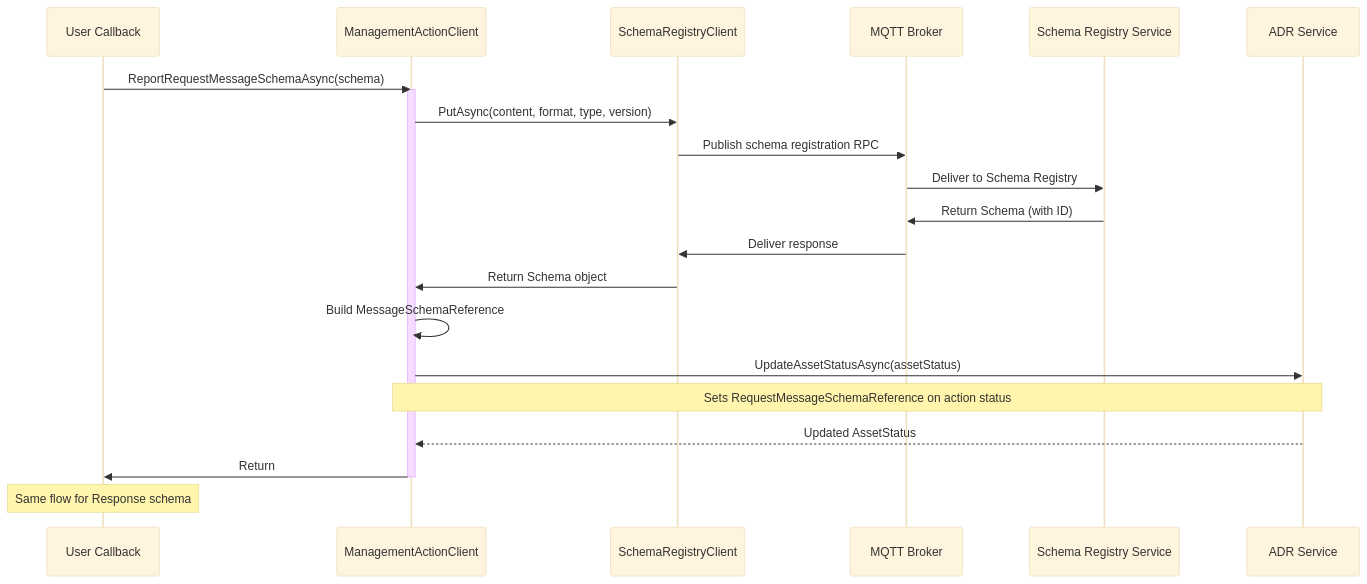
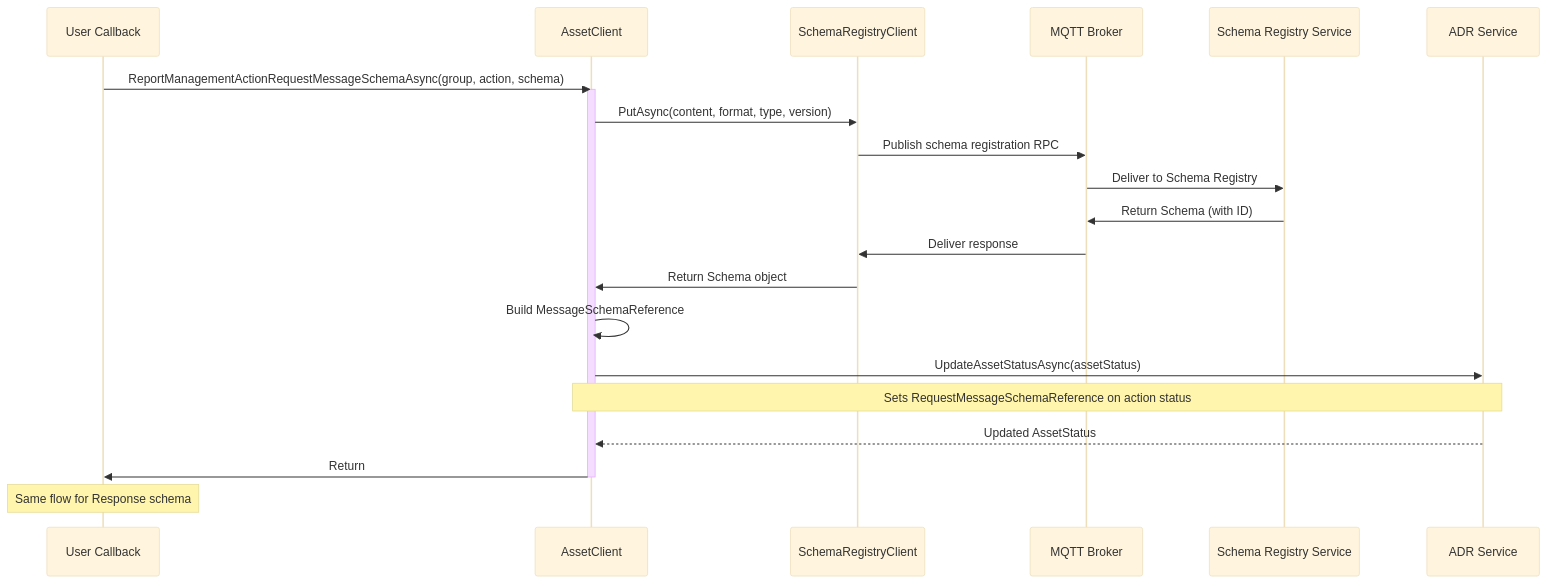
Before and after one commit to Azure/iot-operations-sdks: the fifth of 10 diagrams in doc/dev/tmp/management-action-implementation-design.md, drawn with Mermaid (base theme). The commit also changed other lines of this file and 2 other files, not shown here.

Commit message:
Refactor management action support in .NET SDK

````diff
--- a/doc/dev/tmp/management-action-implementation-design.md
+++ b/doc/dev/tmp/management-action-implementation-design.md
@@ -729,30 +663,30 @@
 ```mermaid
 sequenceDiagram
     participant User as User Callback
-    participant MAC as ManagementActionClient
+    participant AC as AssetClient
     participant SR as SchemaRegistryClient
     participant MQTT as MQTT Broker
     participant SRS as Schema Registry Service
     participant ADR as ADR Service
 
-    User->>MAC: ReportRequestMessageSchemaAsync(schema)
-    activate MAC
+    User->>AC: ReportManagementActionRequestMessageSchemaAsync(group, action, schema)
+    activate AC
 
-    MAC->>SR: PutAsync(content, format, type, version)
+    AC->>SR: PutAsync(content, format, type, version)
     SR->>MQTT: Publish schema registration RPC
     MQTT->>SRS: Deliver to Schema Registry
     SRS->>MQTT: Return Schema (with ID)
     MQTT->>SR: Deliver response
-    SR->>MAC: Return Schema object
+    SR->>AC: Return Schema object
 
-    MAC->>MAC: Build MessageSchemaReference
+    AC->>AC: Build MessageSchemaReference
 
-    MAC->>ADR: UpdateAssetStatusAsync(assetStatus)
-    Note over MAC,ADR: Sets RequestMessageSchemaReference on action status
+    AC->>ADR: UpdateAssetStatusAsync(assetStatus)
+    Note over AC,ADR: Sets RequestMessageSchemaReference on action status
 
-    ADR-->>MAC: Updated AssetStatus
-    MAC->>User: Return
-    deactivate MAC
+    ADR-->>AC: Updated AssetStatus
+    AC->>User: Return
+    deactivate AC
 
     Note over User: Same flow for Response schema
 ```
````
